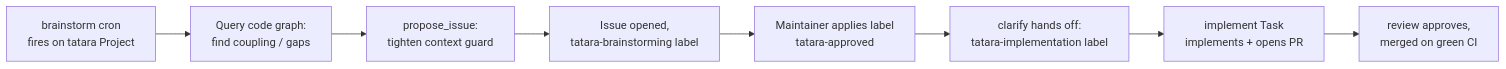
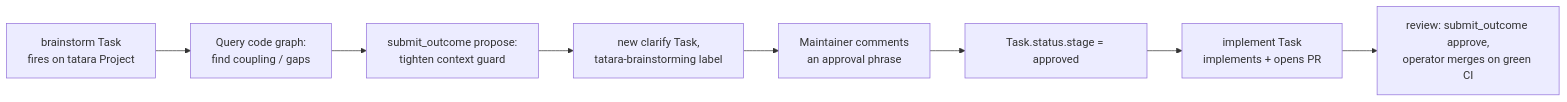
Before and after one commit to szymonrychu/tatara-documentation: the first of 2 diagrams in docs/concepts/self-improvement.md, drawn with Mermaid. The commit also changed other lines of this file and 63 other files, not shown here.

First line of the commit message:
feat!: document the task-centric architecture (Issue/MergeRequest CRs, stage machine, operator merge) (#19)

````diff
--- a/docs/concepts/self-improvement.md
+++ b/docs/concepts/self-improvement.md
@@ -66,10 +68,10 @@
 ```mermaid
 flowchart LR
-    A[brainstorm cron<br/>fires on tatara Project] --> B[Query code graph:<br/>find coupling / gaps]
-    B --> C[propose_issue:<br/>tighten context guard]
-    C --> D[Issue opened,<br/>tatara-brainstorming label]
-    D --> E[Maintainer applies label<br/>tatara-approved]
-    E --> F[clarify hands off:<br/>tatara-implementation label]
+    A[brainstorm Task<br/>fires on tatara Project] --> B[Query code graph:<br/>find coupling / gaps]
+    B --> C[submit_outcome propose:<br/>tighten context guard]
+    C --> D[new clarify Task,<br/>tatara-brainstorming label]
+    D --> E[Maintainer comments<br/>an approval phrase]
+    E --> F[Task.status.stage = approved]
     F --> G[implement Task<br/>implements + opens PR]
-    G --> H[review approves,<br/>merged on green CI]
+    G --> H[review: submit_outcome approve,<br/>operator merges on green CI]
 ```
````
